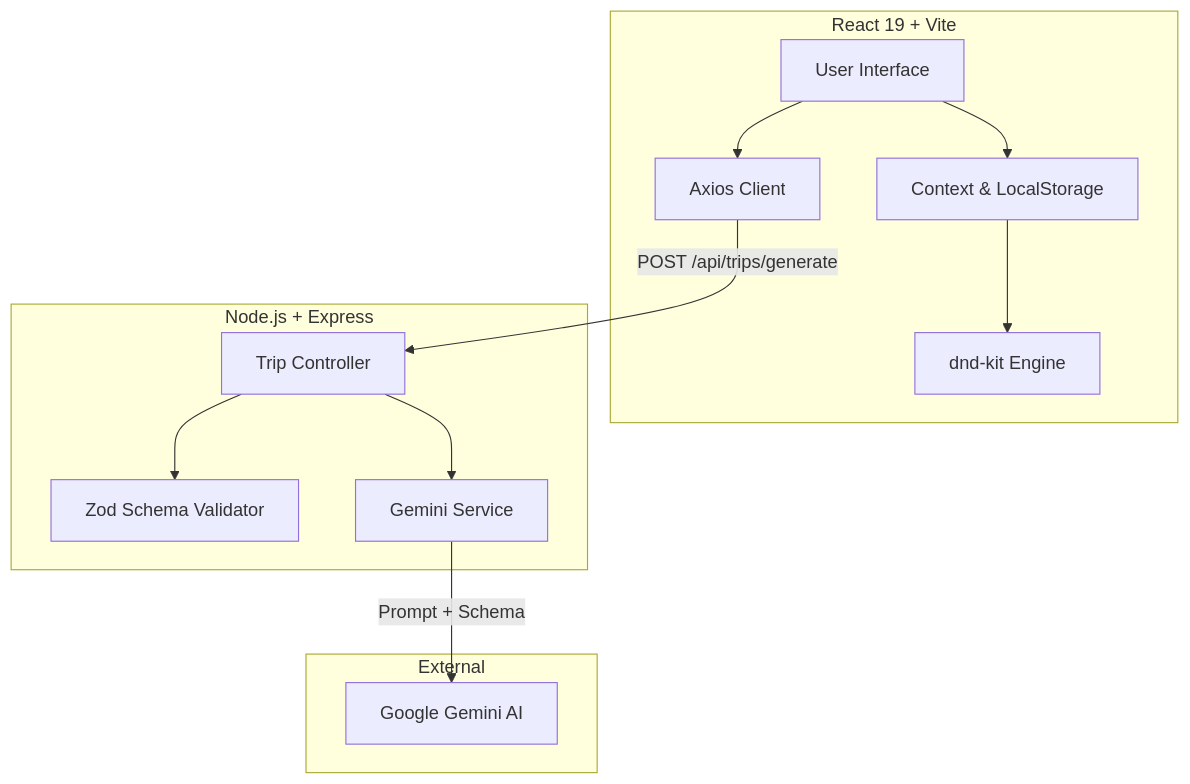
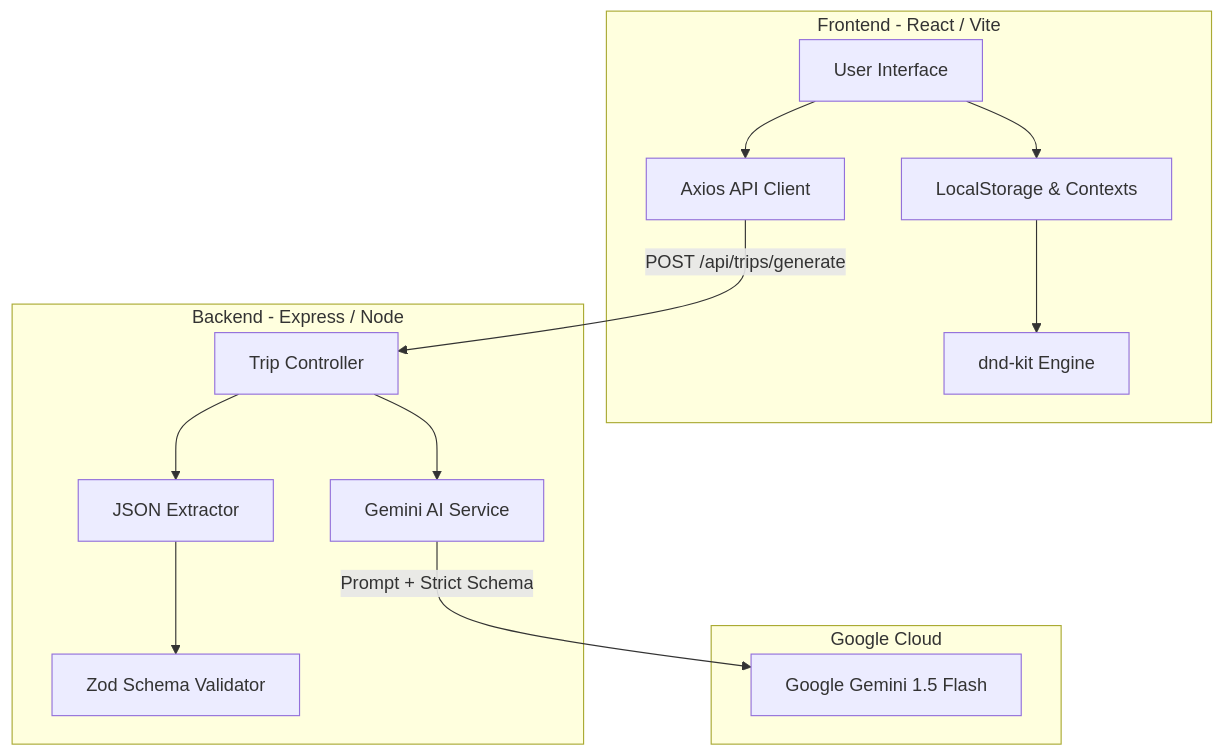
Before and after one commit to bhargav-vemuri/CraftYourTrip: the diagram in README.md, drawn with Mermaid. The commit also changed other lines of this file and 14 other files, not shown here.

````diff
--- a/README.md
+++ b/README.md
@@ -17,18 +39,19 @@
 ```mermaid
 graph TD
-    subgraph Frontend [React 19 + Vite]
-        UI[User Interface] --> State[Context & LocalStorage]
+    subgraph Client [Frontend - React / Vite]
+        UI[User Interface] --> State[LocalStorage & Contexts]
         State --> Dnd[dnd-kit Engine]
-        UI --> API_Client[Axios Client]
+        UI --> Axios[Axios API Client]
     end
 
-    subgraph Backend [Node.js + Express]
-        API_Client -- "POST /api/trips/generate" --> Controller[Trip Controller]
-        Controller --> Validator[Zod Schema Validator]
-        Controller --> AI_Service[Gemini Service]
+    subgraph Server [Backend - Express / Node]
+        Axios -- "POST /api/trips/generate" --> Controller[Trip Controller]
+        Controller --> Extractor[JSON Extractor]
+        Extractor --> Zod[Zod Schema Validator]
+        Controller --> GeminiService[Gemini AI Service]
     end
 
-    subgraph External
-        AI_Service -- "Prompt + Schema" --> Gemini[Google Gemini AI]
+    subgraph External [Google Cloud]
+        GeminiService -- "Prompt + Strict Schema" --> GeminiAPI[Google Gemini 1.5 Flash]
     end
 ```
````
